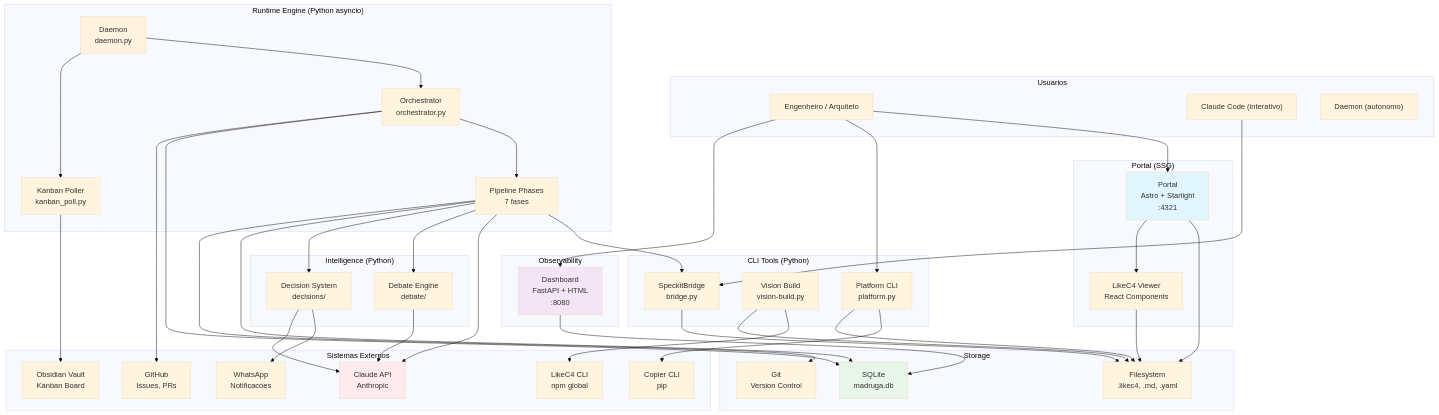
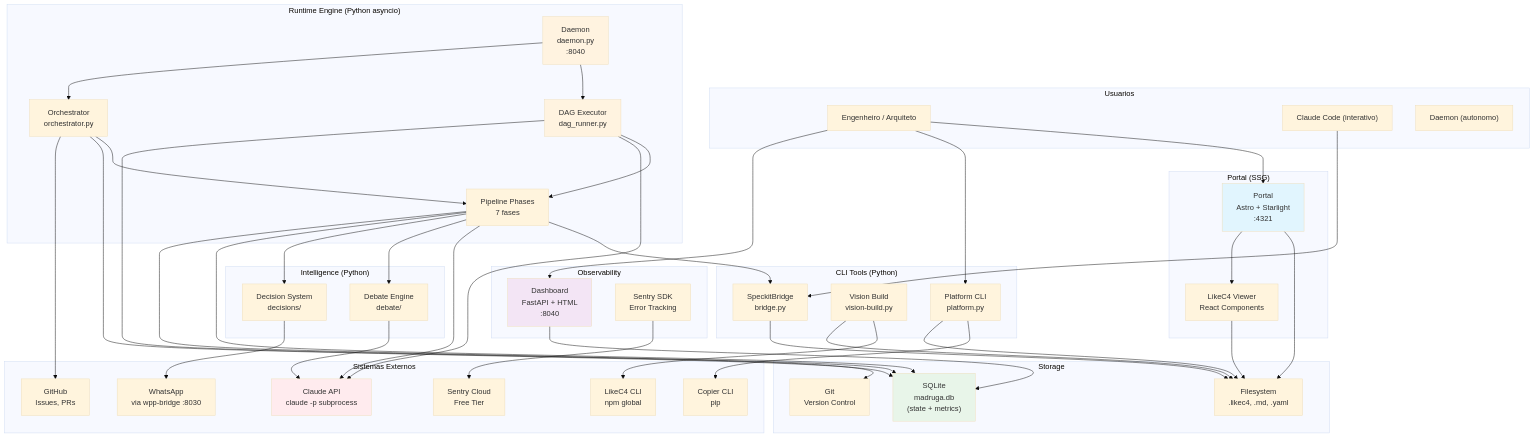
The diagram in platforms/madruga-ai/engineering/containers.md (paceautomations/madruga.ai), drawn with Mermaid (base theme) before and after one commit. The commit also changed other lines of this file and 12 other files, not shown here.

````diff
--- a/platforms/madruga-ai/engineering/containers.md
+++ b/platforms/madruga-ai/engineering/containers.md
@@ -28,9 +28,9 @@
     end
 
     subgraph runtime["Runtime Engine (Python asyncio)"]
-        daemon["Daemon<br/>daemon.py"]
+        daemon["Daemon<br/>daemon.py<br/>:8040"]
+        dag_executor["DAG Executor<br/>dag_runner.py"]
         orchestrator["Orchestrator<br/>orchestrator.py"]
-        kanban_poller["Kanban Poller<br/>kanban_poll.py"]
         pipeline["Pipeline Phases<br/>7 fases"]
     end
 
@@ -40,22 +40,23 @@
     end
 
     subgraph observability["Observability"]
-        dashboard["Dashboard<br/>FastAPI + HTML<br/>:8080"]
+        dashboard["Dashboard<br/>FastAPI + HTML<br/>:8040"]
+        sentry_sdk["Sentry SDK<br/>Error Tracking"]
     end
 
     subgraph storage["Storage"]
-        sqlite["SQLite<br/>madruga.db"]
+        sqlite["SQLite<br/>madruga.db<br/>(state + metrics)"]
         filesystem["Filesystem<br/>.likec4, .md, .yaml"]
         git["Git<br/>Version Control"]
     end
 
     subgraph external["Sistemas Externos"]
-        claude_api["Claude API<br/>Anthropic"]
-        obsidian["Obsidian Vault<br/>Kanban Board"]
+        claude_api["Claude API<br/>claude -p subprocess"]
         github["GitHub<br/>Issues, PRs"]
-        whatsapp["WhatsApp<br/>Notificacoes"]
+        whatsapp["WhatsApp<br/>via wpp-bridge :8030"]
         likec4_cli["LikeC4 CLI<br/>npm global"]
         copier_cli["Copier CLI<br/>pip"]
+        sentry_cloud["Sentry Cloud<br/>Free Tier"]
     end
 
     dev --> portal
@@ -73,10 +74,11 @@
     vision_build --> filesystem
     speckit_bridge --> filesystem
 
+    daemon --> dag_executor
     daemon --> orchestrator
-    daemon --> kanban_poller
+    dag_executor --> pipeline
+    dag_executor --> claude_api
     orchestrator --> pipeline
-    kanban_poller --> obsidian
     pipeline --> speckit_bridge
     pipeline --> claude_api
     pipeline --> debate
@@ -84,11 +86,12 @@
 
     debate --> claude_api
     decisions --> whatsapp
-    decisions --> claude_api
 
     orchestrator --> sqlite
+    dag_executor --> sqlite
     pipeline --> sqlite
     dashboard --> sqlite
+    sentry_sdk --> sentry_cloud
 
     orchestrator --> github
     pipeline --> git
@@ -98,4 +101,5 @@
     style dashboard fill:#F3E5F5
     style sqlite fill:#E8F5E9
     style claude_api fill:#FFEBEE
+    style dag_executor fill:#FFF3E0
 ```
````
